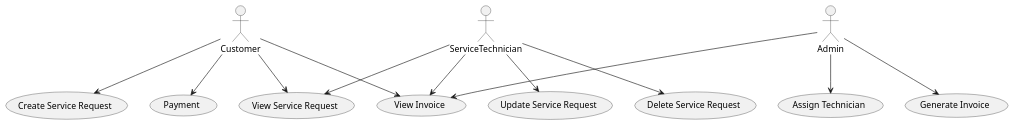
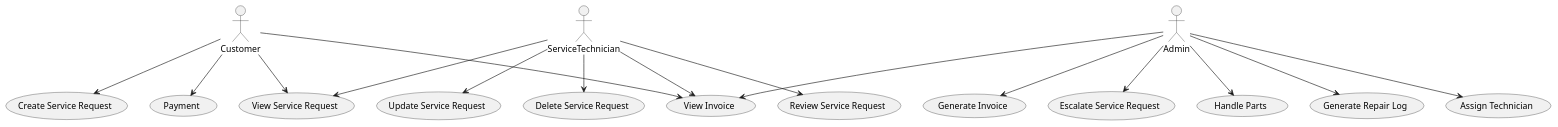
Before and after one commit to Fluorky/Computer-Service-Django-Api: the diagram in umlDiagrams/computer_service_use_case_diagram.plantuml, drawn with PlantUML. The commit also changed 4 other files, not shown here.

Commit message:
Update PoC plantuml diagrams

```diff
--- a/umlDiagrams/computer_service_use_case_diagram.plantuml
+++ b/umlDiagrams/computer_service_use_case_diagram.plantuml
@@ -1,24 +1,36 @@
 @startuml
 
 actor Customer
 actor ServiceTechnician
 actor Admin
 
 usecase "Create Service Request" as CreateServiceRequest
 usecase "Assign Technician" as AssignTechnician
 usecase "Generate Invoice" as GenerateInvoice
-
+usecase "View Invoice" as ViewInvoice
+usecase "Payment" as Payment
+usecase "View Service Request" as ViewServiceRequest
+usecase "Update Service Request" as UpdateServiceRequest
+usecase "Delete Service Request" as DeleteServiceRequest
+usecase "Review Service Request" as ReviewServiceRequest
+usecase "Escalate Service Request" as EscalateServiceRequest
+usecase "Handle Parts" as HandleParts
+usecase "Generate Repair Log" as GenerateRepairLog
 
 Customer --> (CreateServiceRequest)
 Admin --> (AssignTechnician)
 Admin --> (GenerateInvoice)
-Admin --> (View Invoice)
-ServiceTechnician --> (View Invoice)
-Customer --> (View Invoice)
+Admin --> (ViewInvoice)
+ServiceTechnician --> (ViewInvoice)
+Customer --> (ViewInvoice)
 Customer --> (Payment)
-Customer --> (View Service Request)
-ServiceTechnician --> (View Service Request)
-ServiceTechnician --> (Update Service Request)
-ServiceTechnician --> (Delete Service Request)
+Customer --> (ViewServiceRequest)
+ServiceTechnician --> (ViewServiceRequest)
+ServiceTechnician --> (UpdateServiceRequest)
+ServiceTechnician --> (DeleteServiceRequest)
+ServiceTechnician --> (ReviewServiceRequest)
+Admin --> (EscalateServiceRequest)
+Admin --> (HandleParts)
+Admin --> (GenerateRepairLog)
 
 @enduml
```
